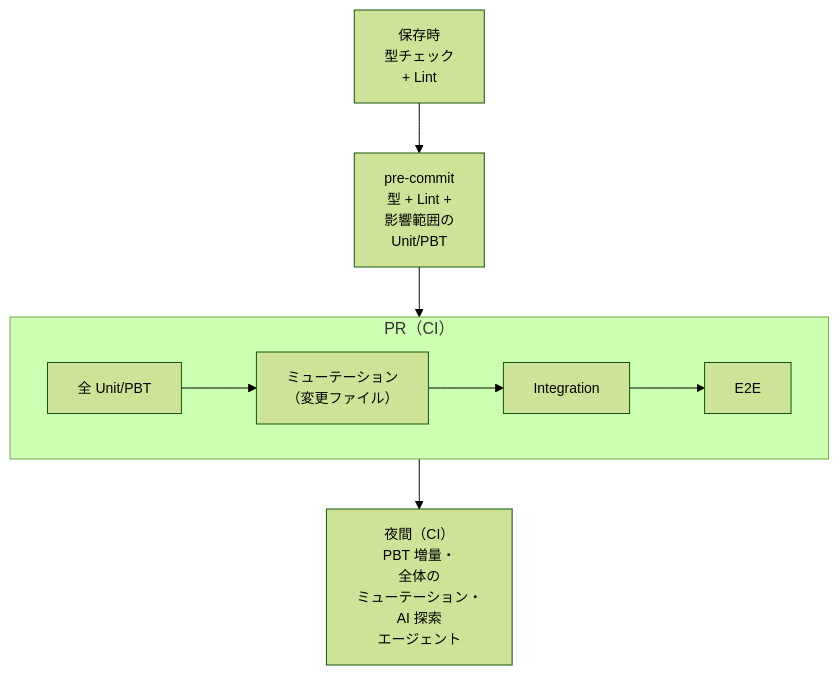
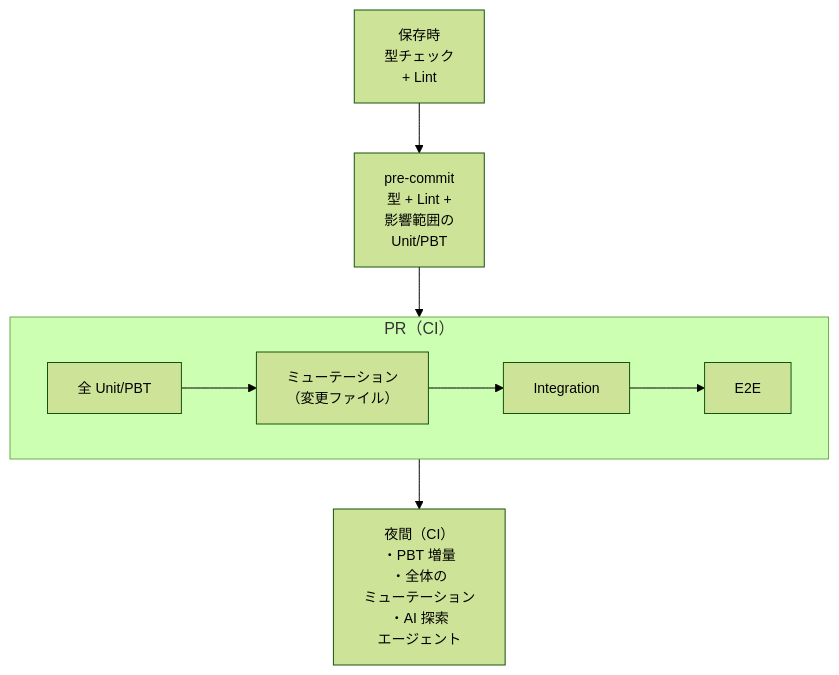
Before and after one commit to toshio-shiratori/harness-test-strategy: the first of 2 diagrams in docs/testing/02b-execution-and-mutation.md, drawn with Mermaid (forest theme).

Commit message:
docs: 02b §3.1 夜間のノードの区切りを項目の先頭に置く

````diff
--- a/docs/testing/02b-execution-and-mutation.md
+++ b/docs/testing/02b-execution-and-mutation.md
@@ -32,10 +32,10 @@
 ```mermaid
 flowchart TB
   A["保存時<br/>型チェック<br/>+ Lint"] --> B["pre-commit<br/>型 + Lint +<br/>影響範囲の<br/>Unit/PBT"]
   subgraph PR["PR（CI）"]
     C1["全 Unit/PBT"] --> C2["ミューテーション<br/>（変更ファイル）"] --> C3["Integration"] --> C4["E2E"]
   end
   B --> PR
-  PR --> D["夜間（CI）<br/>PBT 増量・<br/>全体の<br/>ミューテーション・<br/>AI 探索<br/>エージェント"]
+  PR --> D["夜間（CI）<br/>・PBT 増量<br/>・全体の<br/>ミューテーション<br/>・AI 探索<br/>エージェント"]
   classDef default font-size:14px
 ```
````
